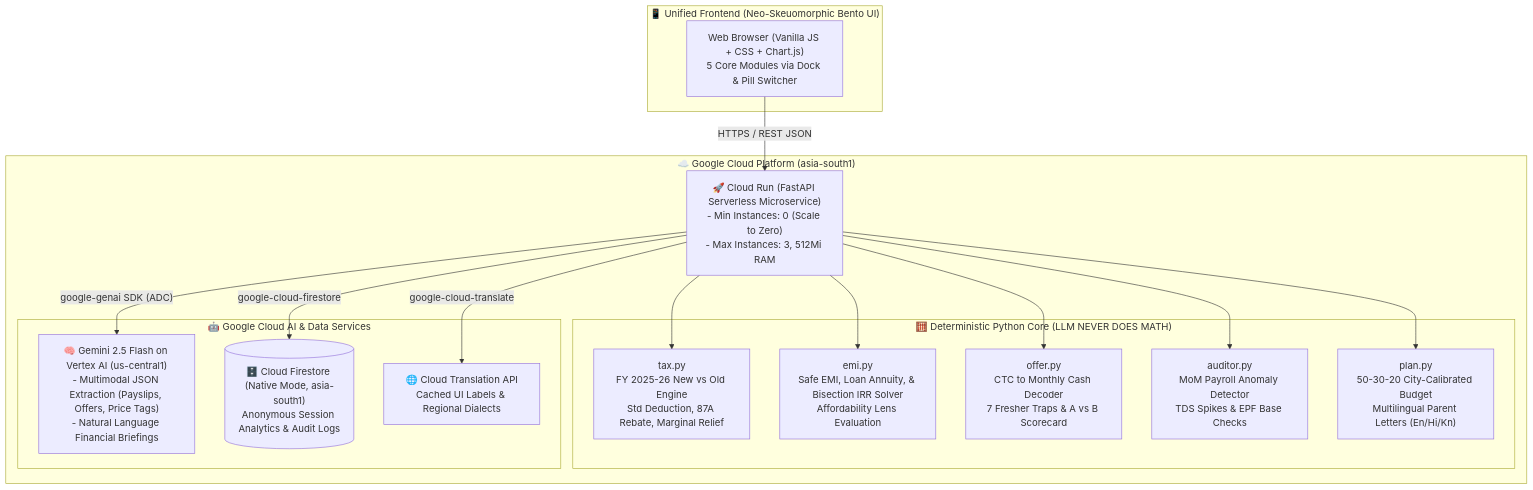
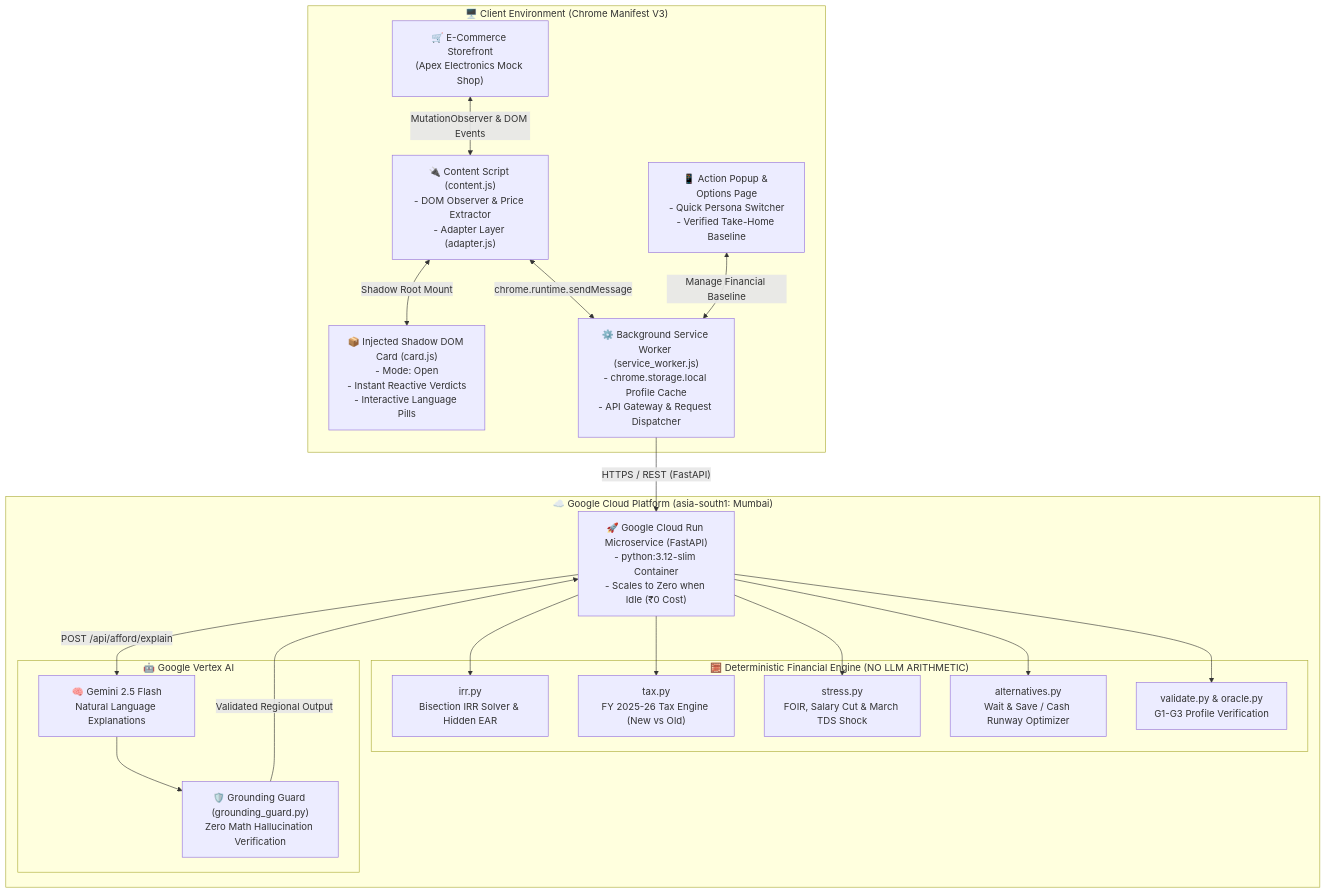
The diagram in README.md (Jagadish-s-naik/paylens), drawn with Mermaid before and after one commit. The commit also changed other lines of this file and 25 other files, not shown here.

Commit message:
refactor: restructure project architecture and add e-commerce extension and mock shop modules

````diff
--- a/README.md
+++ b/README.md
@@ -32,34 +45,41 @@
 ```mermaid
 flowchart TD
-    subgraph Client["📱 Unified Frontend (Neo-Skeuomorphic Bento UI)"]
-        UI["Web Browser (Vanilla JS + CSS + Chart.js)\n5 Core Modules via Dock & Pill Switcher"]
+    subgraph Browser["🖥️ Client Environment (Chrome Manifest V3)"]
+        Store["🛒 E-Commerce Storefront\n(Apex Electronics Mock Shop)"]
+        CS["🔌 Content Script (content.js)\n- DOM Observer & Price Extractor\n- Adapter Layer (adapter.js)"]
+        Card["📦 Injected Shadow DOM Card (card.js)\n- Mode: Open\n- Instant Reactive Verdicts\n- Interactive Language Pills"]
+        BG["⚙️ Background Service Worker (service_worker.js)\n- chrome.storage.local Profile Cache\n- API Gateway & Request Dispatcher"]
+        Popup["📱 Action Popup & Options Page\n- Quick Persona Switcher\n- Verified Take-Home Baseline"]
     end
 
-    subgraph GCP["☁️ Google Cloud Platform (asia-south1)"]
-        CR["🚀 Cloud Run (FastAPI Serverless Microservice)\n- Min Instances: 0 (Scale to Zero)\n- Max Instances: 3, 512Mi RAM"]
+    subgraph GCP["☁️ Google Cloud Platform (asia-south1: Mumbai)"]
+        CR["🚀 Google Cloud Run Microservice (FastAPI)\n- python:3.12-slim Container\n- Scales to Zero when Idle (₹0 Cost)"]
         
-        subgraph Engine["🧮 Deterministic Python Core (LLM NEVER DOES MATH)"]
-            TE["tax.py\nFY 2025-26 New vs Old Engine\nStd Deduction, 87A Rebate, Marginal Relief"]
-            EE["emi.py\nSafe EMI, Loan Annuity, & Bisection IRR Solver\nAffordability Lens Evaluation"]
-            OE["offer.py\nCTC to Monthly Cash Decoder\n7 Fresher Traps & A vs B Scorecard"]
-            AE["auditor.py\nMoM Payroll Anomaly Detector\nTDS Spikes & EPF Base Checks"]
-            PE["plan.py\n50-30-20 City-Calibrated Budget\nMultilingual Parent Letters (En/Hi/Kn)"]
+        subgraph CoreEngine["🧮 Deterministic Financial Engine (NO LLM ARITHMETIC)"]
+            IRR["irr.py\nBisection IRR Solver & Hidden EAR"]
+            TAX["tax.py\nFY 2025-26 Tax Engine (New vs Old)"]
+            STRESS["stress.py\nFOIR, Salary Cut & March TDS Shock"]
+            ALT["alternatives.py\nWait & Save / Cash Runway Optimizer"]
+            VAL["validate.py & oracle.py\nG1-G3 Profile Verification"]
         end
 
-        subgraph AI["🤖 Google Cloud AI & Data Services"]
-            VAI["🧠 Gemini 2.5 Flash on Vertex AI (us-central1)\n- Multimodal JSON Extraction (Payslips, Offers, Price Tags)\n- Natural Language Financial Briefings"]
-            FS[("🗄️ Cloud Firestore (Native Mode, asia-south1)\nAnonymous Session Analytics & Audit Logs")]
-            TR["🌐 Cloud Translation API\nCached UI Labels & Regional Dialects"]
+        subgraph AI["🤖 Google Vertex AI"]
+            GEM["🧠 Gemini 2.5 Flash\nNatural Language Explanations"]
+            GUARD["🛡️ Grounding Guard (grounding_guard.py)\nZero Math Hallucination Verification"]
         end
     end
 
-    UI -->|"HTTPS / REST JSON"| CR
-    CR --> TE
-    CR --> EE
-    CR --> OE
-    CR --> AE
-    CR --> PE
-    CR -->|"google-genai SDK (ADC)"| VAI
-    CR -->|"google-cloud-firestore"| FS
-    CR -->|"google-cloud-translate"| TR
+    Store <-->|"MutationObserver & DOM Events"| CS
+    CS <-->|"Shadow Root Mount"| Card
+    CS <-->|"chrome.runtime.sendMessage"| BG
+    Popup <-->|"Manage Financial Baseline"| BG
+    BG -->|"HTTPS / REST (FastAPI)"| CR
+    CR --> IRR
+    CR --> TAX
+    CR --> STRESS
+    CR --> ALT
+    CR --> VAL
+    CR -->|"POST /api/afford/explain"| GEM
+    GEM --> GUARD
+    GUARD -->|"Validated Regional Output"| CR
 ```
````
